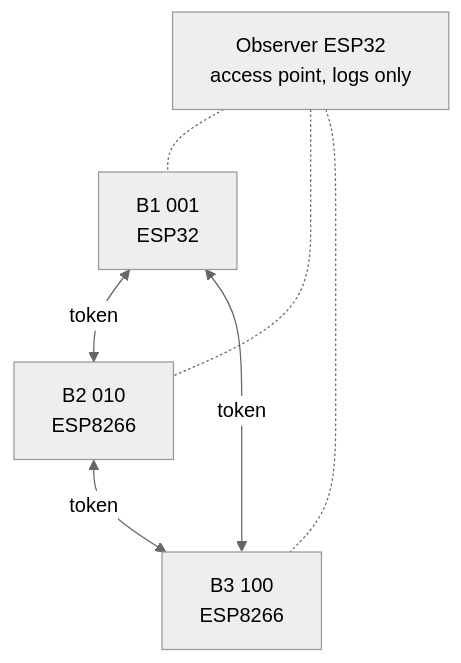
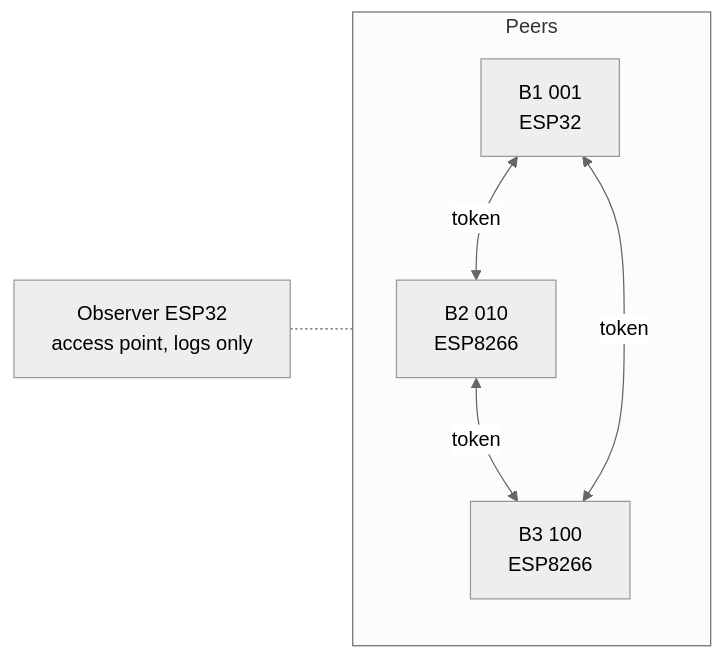
The first of 2 diagrams in src/communication/08-suzuki-kasami/DIAGRAM.md (mike-segfault/low-cost-distributed-sync), drawn with Mermaid (neutral theme) before and after one commit.

Commit message:
Improve Suzuki-Kasami diagram layout

````diff
--- a/src/communication/08-suzuki-kasami/DIAGRAM.md
+++ b/src/communication/08-suzuki-kasami/DIAGRAM.md
@@ -3,10 +3,9 @@
 ```mermaid
-flowchart TB
-    O["Observer ESP32<br/>access point, logs only"]
-    B1["B1 001<br/>ESP32"] <-- "token" --> B2["B2 010<br/>ESP8266"]
-    B2 <-- "token" --> B3["B3 100<br/>ESP8266"]
-    B3 <-- "token" --> B1
-    O -.- B1
-    O -.- B2
-    O -.- B3
+flowchart LR
+    O["Observer ESP32<br/>access point, logs only"] -.- P
+    subgraph P [Peers]
+        B1["B1 001<br/>ESP32"] <-- "token" --> B2["B2 010<br/>ESP8266"]
+        B2 <-- "token" --> B3["B3 100<br/>ESP8266"]
+        B3 <-- "token" --> B1
+    end
 ```
````
